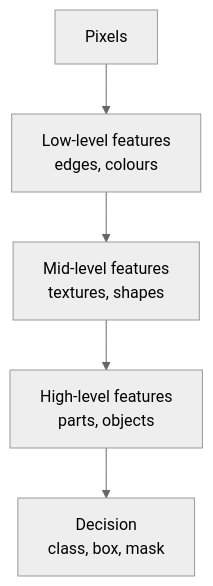
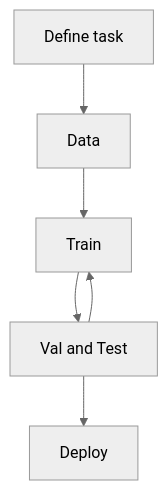
The first of 9 diagrams in presentation/image-classification-masterclass.qmd (UQ-Data-Science-CRP/easy-image-classification-dscrp), drawn with Mermaid (neutral theme) before and after one commit. The commit also changed other lines of this file and 6 other files, not shown here.

````diff
--- a/presentation/image-classification-masterclass.qmd
+++ b/presentation/image-classification-masterclass.qmd
@@ -76,7 +108,8 @@
 ```{mermaid}
 flowchart TD
-    A[Pixels] --> B[Low-level features<br/>edges, colours]
-    B --> C[Mid-level features<br/>textures, shapes]
-    C --> D[High-level features<br/>parts, objects]
-    D --> E[Decision<br/>class, box, mask]
+    A[Define task] --> B[Data]
+    B --> C[Train]
+    C --> D[Val and Test]
+    D --> C 
+    D --> E[Deploy]
 ```
````
